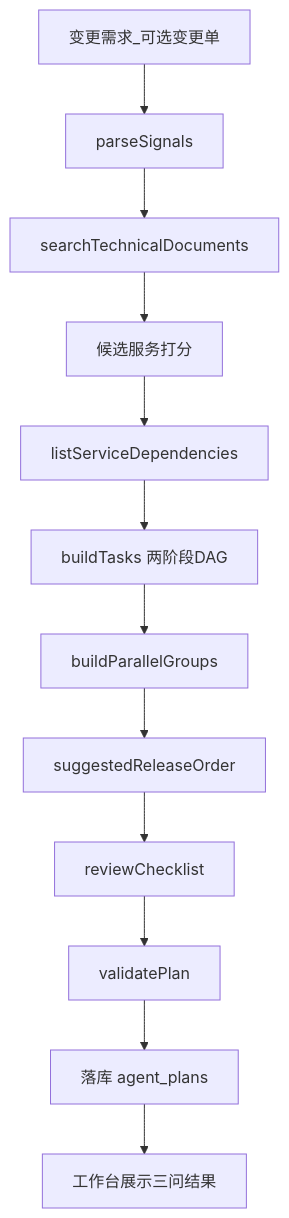
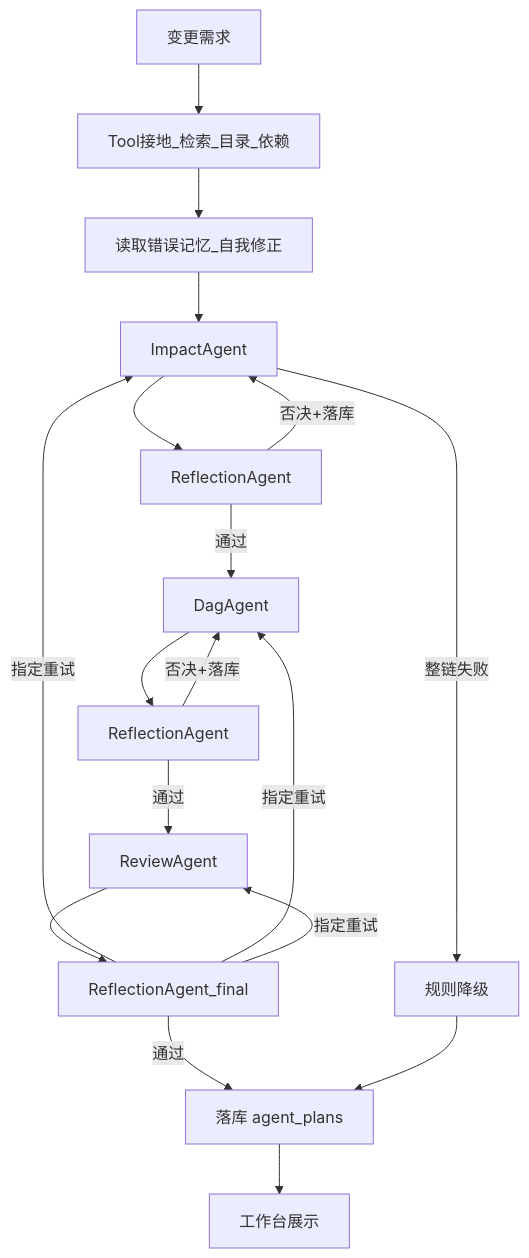
One commit to farhub-wq/AI- changed the third of 4 diagrams in docs/AI架构设计.md. Above: the diagram before and after it, drawn with Mermaid. The commit also changed other lines of this file and 20 other files, not shown here.

````diff
--- a/docs/AI架构设计.md
+++ b/docs/AI架构设计.md
@@ -121,14 +123,20 @@
 ```mermaid
 flowchart TD
-    A[变更需求_可选变更单] --> B[parseSignals]
-    B --> C[searchTechnicalDocuments]
-    C --> D[候选服务打分]
-    D --> E[listServiceDependencies]
-    E --> F[buildTasks 两阶段DAG]
-    F --> G[buildParallelGroups]
-    G --> H[suggestedReleaseOrder]
-    H --> I[reviewChecklist]
-    I --> J[validatePlan]
-    J --> K[落库 agent_plans]
-    K --> L[工作台展示三问结果]
+    A[变更需求] --> T[Tool接地_检索_目录_依赖]
+    T --> L[读取错误记忆_自我修正]
+    L --> I[ImpactAgent]
+    I --> RI[ReflectionAgent]
+    RI -->|否决+落库| I
+    RI -->|通过| D[DagAgent]
+    D --> RD[ReflectionAgent]
+    RD -->|否决+落库| D
+    RD -->|通过| R[ReviewAgent]
+    R --> RF[ReflectionAgent_final]
+    RF -->|指定重试| I
+    RF -->|指定重试| D
+    RF -->|指定重试| R
+    RF -->|通过| K[落库 agent_plans]
+    I -->|整链失败| F[规则降级]
+    F --> K
+    K --> UI[工作台展示]
 ```
````
